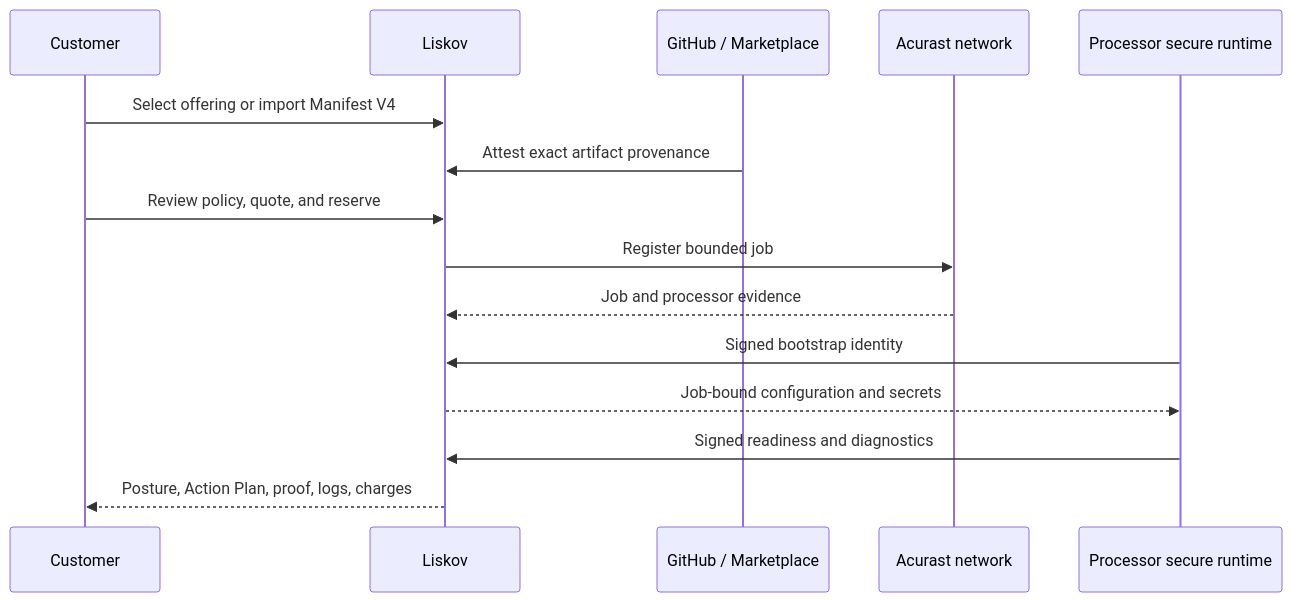
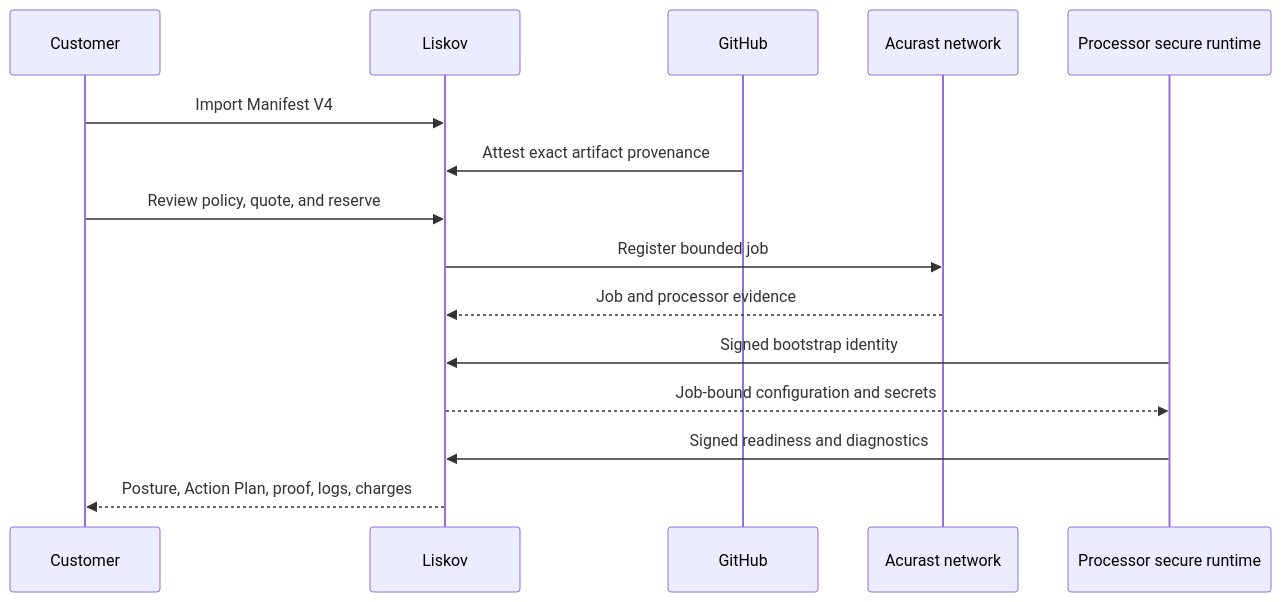
One commit to proof-computer/docs changed the diagram in docs/liskov/concepts/how-liskov-works.md. Above: the diagram before and after it, drawn with Mermaid. The commit also changed other lines of this file and 28 other files, not shown here.

````diff
--- a/docs/liskov/concepts/how-liskov-works.md
+++ b/docs/liskov/concepts/how-liskov-works.md
@@ -14,18 +15,18 @@
 ```mermaid
 sequenceDiagram
   participant U as Customer
   participant L as Liskov
-  participant G as GitHub / Marketplace
+  participant G as GitHub
   participant A as Acurast network
   participant P as Processor secure runtime
 
-  U->>L: Select offering or import Manifest V4
+  U->>L: Import Manifest V4
   G->>L: Attest exact artifact provenance
   U->>L: Review policy, quote, and reserve
   L->>A: Register bounded job
   A-->>L: Job and processor evidence
   P->>L: Signed bootstrap identity
   L-->>P: Job-bound configuration and secrets
   P->>L: Signed readiness and diagnostics
   L-->>U: Posture, Action Plan, proof, logs, charges
 ```
````
